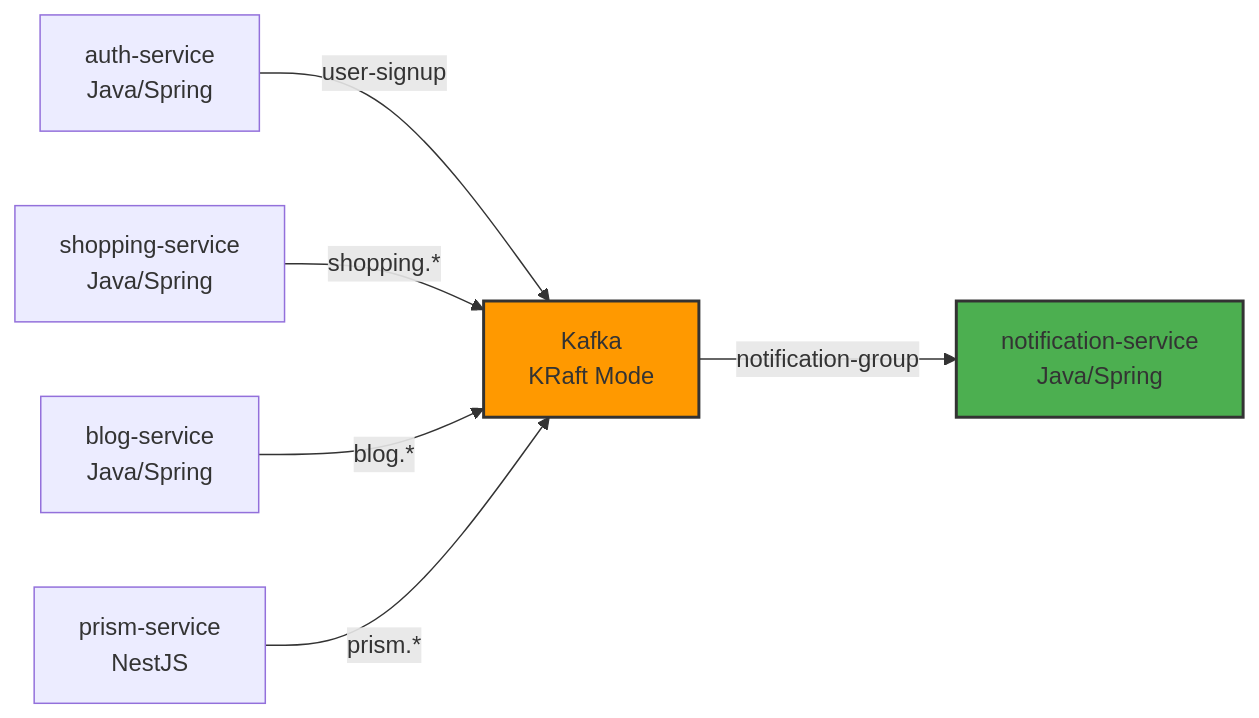
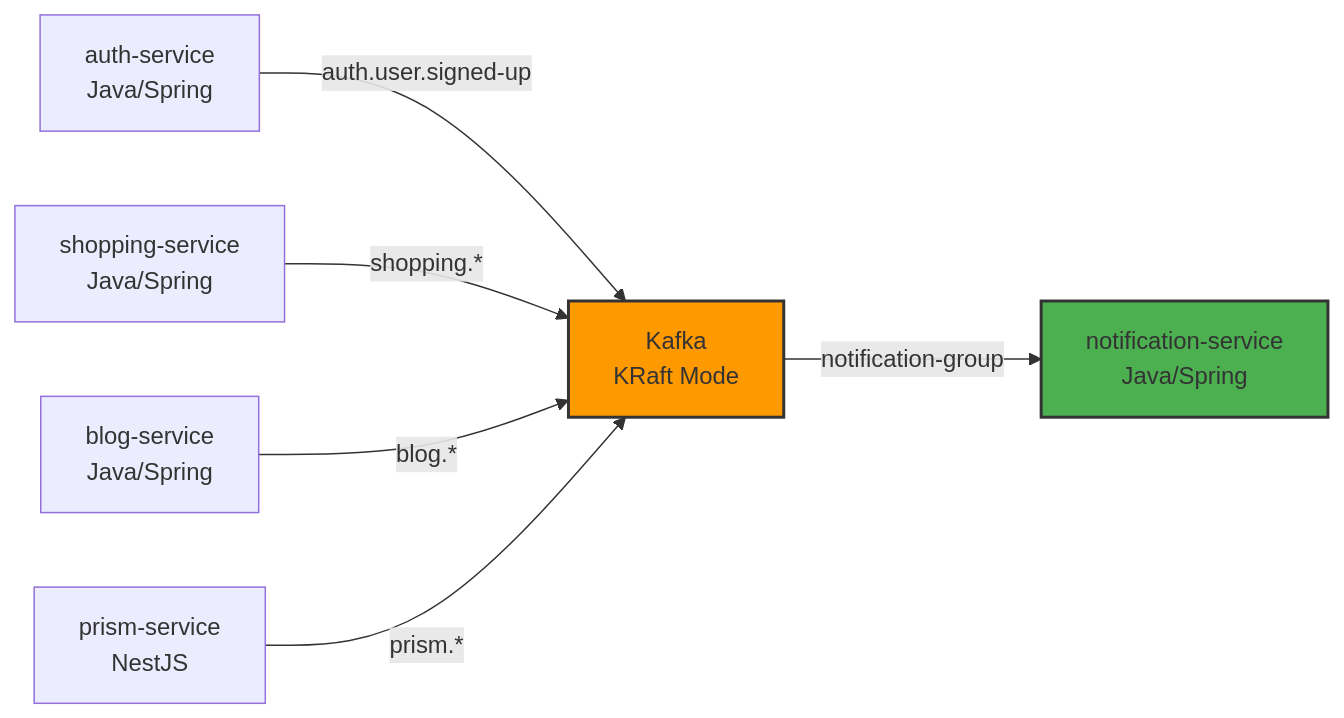
One commit to L-a-z-e/portal-universe changed the diagram in docs/architecture/system/event-driven-architecture.md. Above: the diagram before and after it, drawn with Mermaid. The commit also changed other lines of this file and 1 other file, not shown here.

First line of the commit message:
docs(kafka): update event-driven architecture and mark ADR-032 accepted

````diff
--- a/docs/architecture/system/event-driven-architecture.md
+++ b/docs/architecture/system/event-driven-architecture.md
@@ -17,11 +17,11 @@
 ```mermaid
 graph LR
-    A[auth-service<br/>Java/Spring] -->|user-signup| K[Kafka<br/>KRaft Mode]
+    A[auth-service<br/>Java/Spring] -->|auth.user.signed-up| K[Kafka<br/>KRaft Mode]
     S[shopping-service<br/>Java/Spring] -->|shopping.*| K
     B[blog-service<br/>Java/Spring] -->|blog.*| K
     P[prism-service<br/>NestJS] -->|prism.*| K
     K -->|notification-group| N[notification-service<br/>Java/Spring]
 
     style K fill:#ff9900,stroke:#333,stroke-width:2px
     style N fill:#4CAF50,stroke:#333,stroke-width:2px
 ```
````
